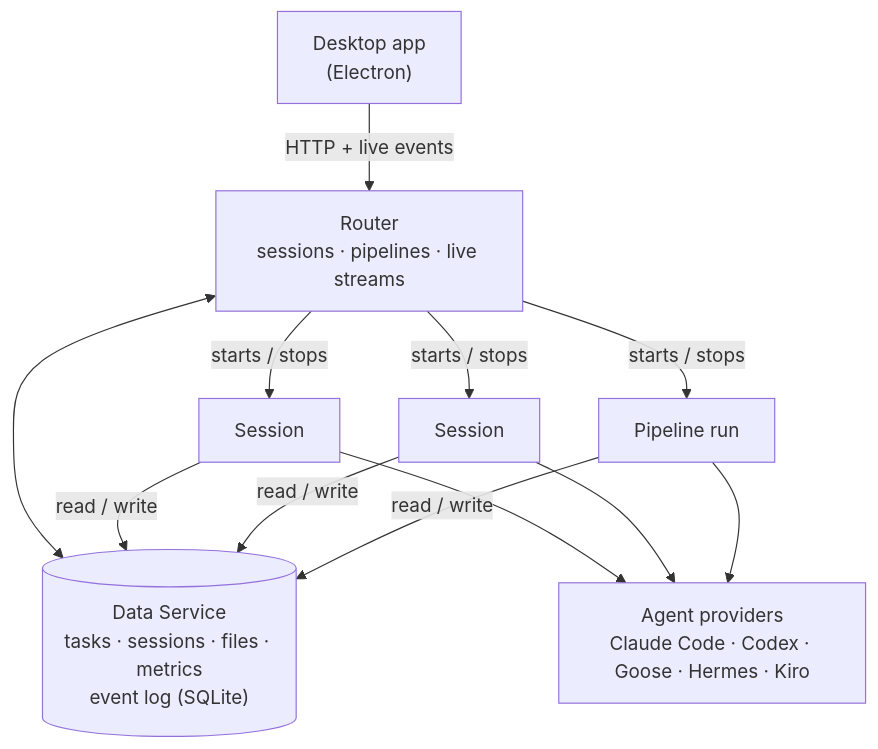
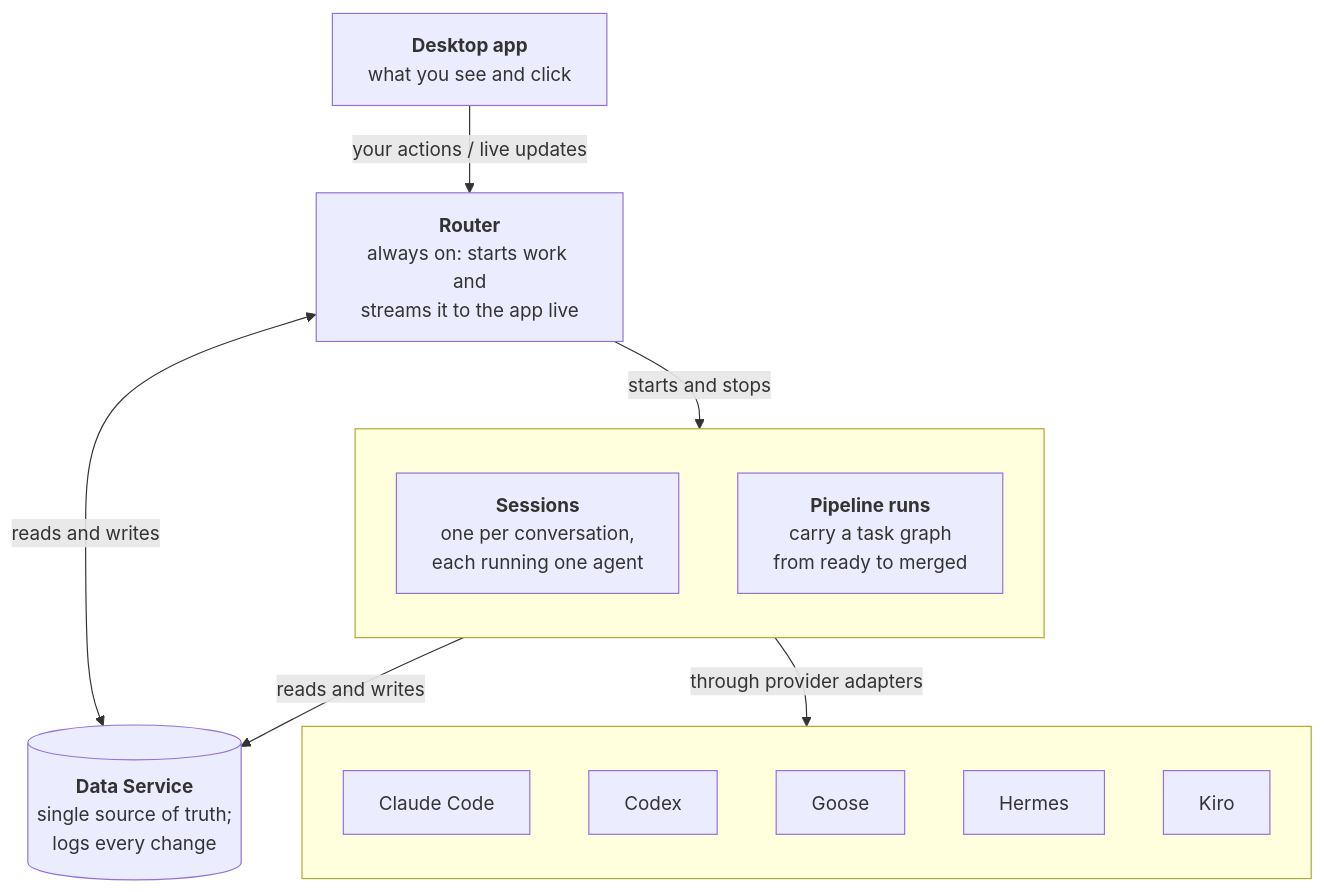
The diagram in README.md (DrewGitsIt/mads), drawn with Mermaid before and after one commit. The commit also changed other lines of this file, not shown here.

Commit message:
docs: clearer README architecture diagram
One box each for Sessions and Pipeline runs instead of duplicated
Session boxes, the agent CLIs as their own boxes, and a short role line
per component in place of dot-separated lists. The bullet list below the
diagram becomes a Part / Its job / Runs table, which is where "one per
active session" now lives.

````diff
--- a/README.md
+++ b/README.md
@@ -90,16 +90,27 @@
 ```mermaid
 flowchart TB
-    UI["Desktop app<br/>(Electron)"]
-    Router["Router<br/>sessions · pipelines · live streams"]
-    Data[("Data Service<br/>tasks · sessions · files · metrics<br/>event log (SQLite)")]
-    S1["Session"]
-    S2["Session"]
-    P1["Pipeline run"]
-    Prov["Agent providers<br/>Claude Code · Codex · Goose · Hermes · Kiro"]
+    App["<b>Desktop app</b><br/>what you see and click"]
+    Router["<b>Router</b><br/>always on: starts work and<br/>streams it to the app live"]
+    Data[("<b>Data Service</b><br/>single source of truth;<br/>logs every change")]
 
-    UI -- "HTTP + live events" --> Router
-    Router -- "starts / stops" --> S1 & S2 & P1
-    Router <--> Data
-    S1 & S2 & P1 -- "read / write" --> Data
-    S1 & S2 & P1 --> Prov
+    subgraph Workers[" "]
+        direction TB
+        Sessions["<b>Sessions</b><br/>one per conversation,<br/>each running one agent"]
+        Pipelines["<b>Pipeline runs</b><br/>carry a task graph<br/>from ready to merged"]
+    end
+
+    subgraph Agents[" "]
+        direction TB
+        Claude["Claude Code"]
+        Codex["Codex"]
+        Goose["Goose"]
+        Hermes["Hermes"]
+        Kiro["Kiro"]
+    end
+
+    App -- "your actions / live updates" --> Router
+    Router -- "starts and stops" --> Workers
+    Router <-- "reads and writes" --> Data
+    Workers -- "reads and writes" --> Data
+    Workers -- "through provider adapters" --> Agents
 ```
````
